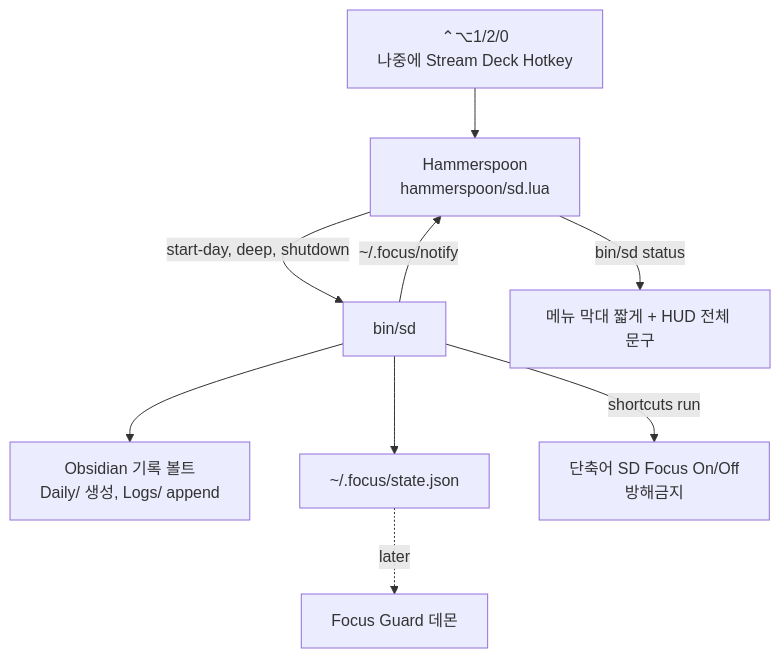
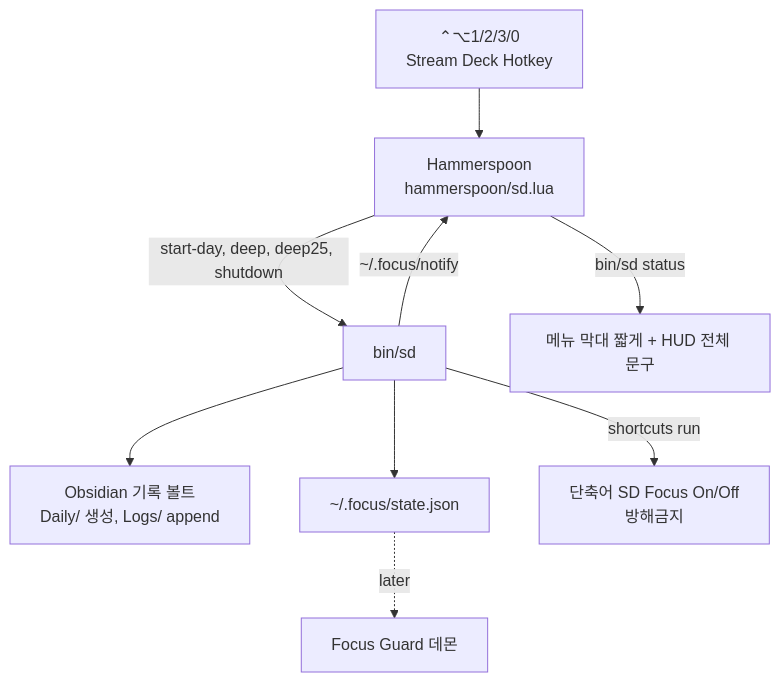
One commit to RRoundTable/streaming-deck changed the diagram in docs/ARCHITECTURE.md. Above: the diagram before and after it, drawn with Mermaid. The commit also changed other lines of this file and 5 other files, not shown here.

````diff
--- a/docs/ARCHITECTURE.md
+++ b/docs/ARCHITECTURE.md
@@ -7,11 +7,11 @@
 ```mermaid
 flowchart TD
-    K[⌃⌥1/2/0<br/>나중에 Stream Deck Hotkey] --> HS[Hammerspoon<br/>hammerspoon/sd.lua]
-    HS -->|start-day, deep, shutdown| B[bin/sd]
+    K[⌃⌥1/2/3/0<br/>Stream Deck Hotkey] --> HS[Hammerspoon<br/>hammerspoon/sd.lua]
+    HS -->|start-day, deep, deep25, shutdown| B[bin/sd]
     B --> O[Obsidian 기록 볼트<br/>Daily/ 생성, Logs/ append]
     B --> F[~/.focus/state.json]
     B -->|shortcuts run| FM[단축어 SD Focus On/Off<br/>방해금지]
     B -->|~/.focus/notify| HS
     HS -->|bin/sd status| MB[메뉴 막대 짧게 + HUD 전체 문구]
     F -.later.-> G[Focus Guard 데몬]
 ```
````
